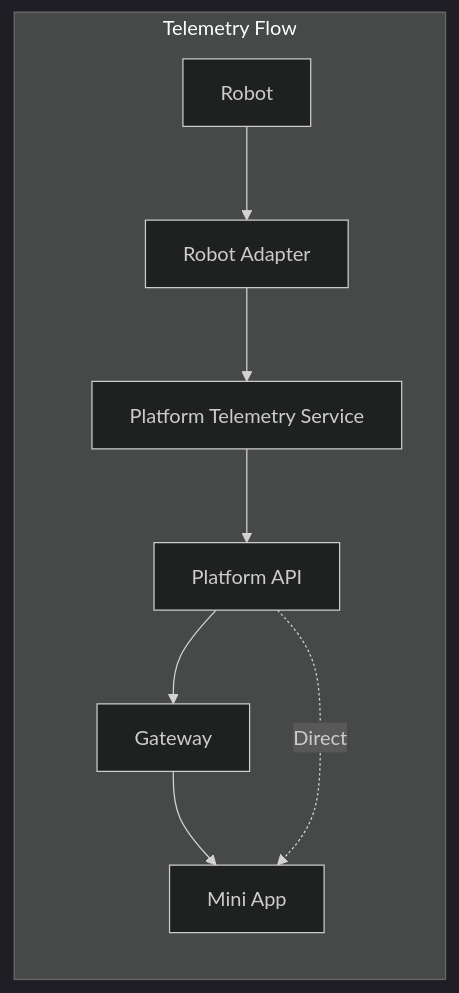
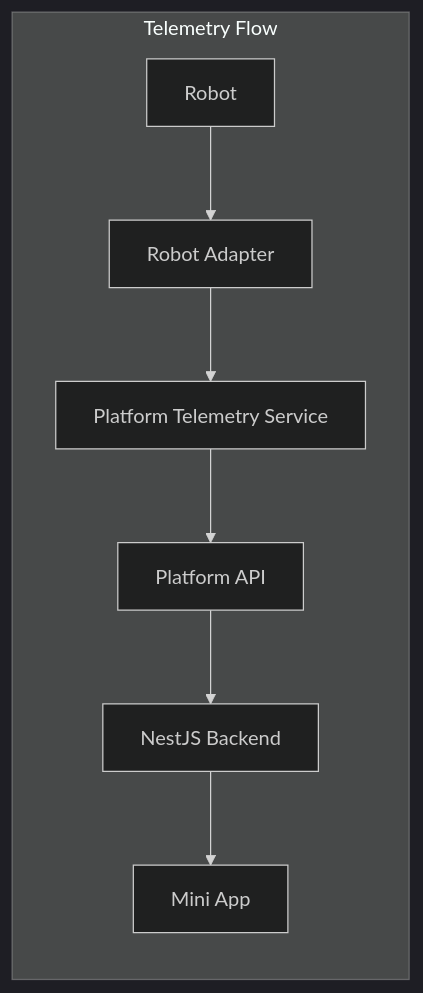
Before and after one commit to Saitosar/sai-aurosy-telegram-mini-app: the third of 5 diagrams in docs/architecture/integration-with-sai-platform.md, drawn with Mermaid (dark theme). The commit also changed other lines of this file and 45 other files, not shown here.

Commit message:
Update environment configuration, enhance README, and refine backend architecture documentation. Added new dependencies for TON Connect and React Three Fiber, and improved API integration details in various documentation files.

````diff
--- a/docs/architecture/integration-with-sai-platform.md
+++ b/docs/architecture/integration-with-sai-platform.md
@@ -87,8 +87,7 @@
 ```mermaid
 flowchart LR
     subgraph TelemetryFlow [Telemetry Flow]
-        Robot[Robot] --> Adapter[Robot Adapter] --> Platform[Platform Telemetry Service] --> API[Platform API] --> Gateway[Gateway]
-        Gateway --> MiniApp[Mini App]
-        API -.->|"Direct"| MiniApp
+        Robot[Robot] --> Adapter[Robot Adapter] --> Platform[Platform Telemetry Service] --> API[Platform API] --> Backend[NestJS Backend]
+        Backend --> MiniApp[Mini App]
     end
 ```
````
